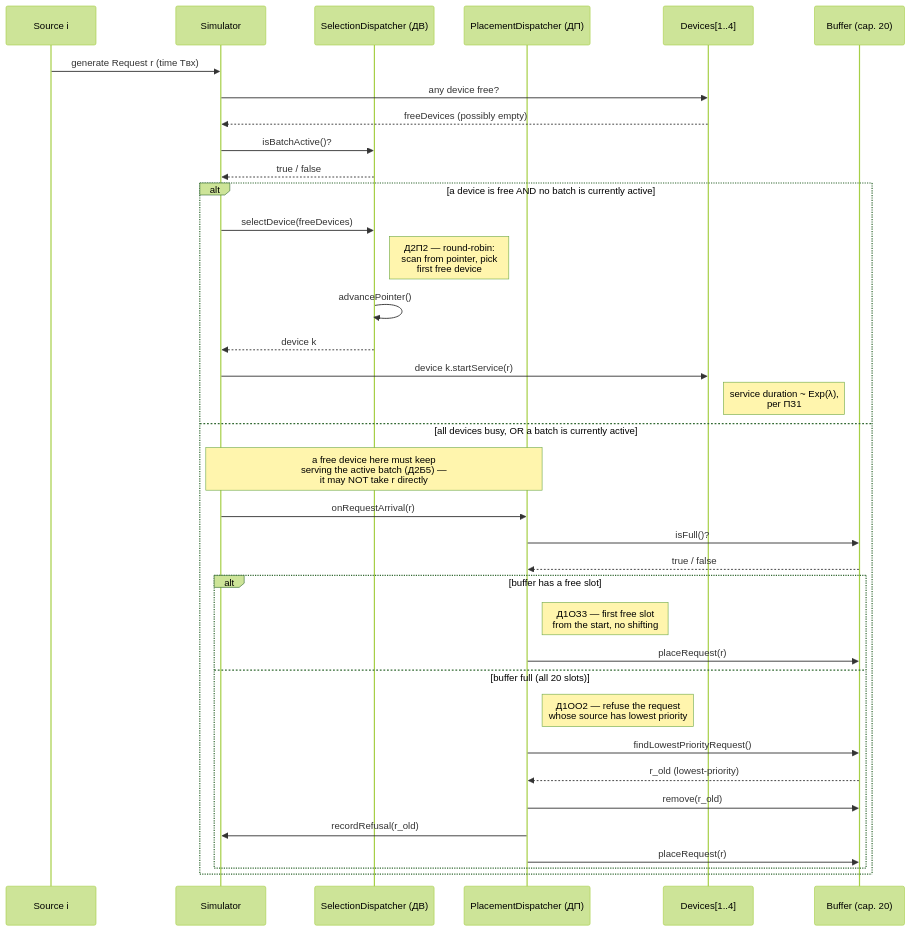
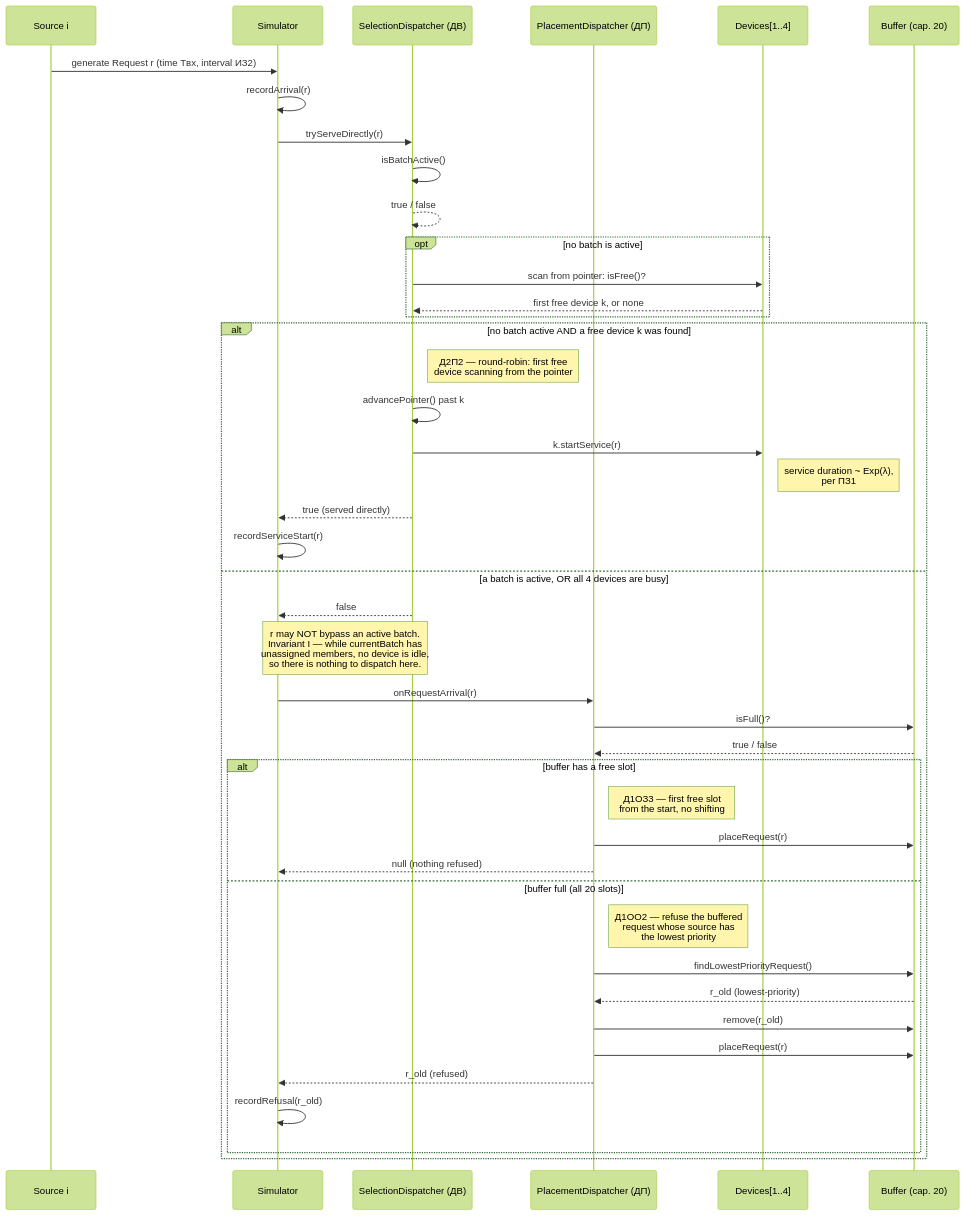
One commit to abdelrhmanbaha/smo-v24-commodity-trading changed the diagram in sequence-arrival.mmd. Above: the diagram before and after it, drawn with Mermaid (forest theme). The commit also changed 11 other files, not shown here.

```diff
--- a/sequence-arrival.mmd
+++ b/sequence-arrival.mmd
@@ -1,38 +1,45 @@
 sequenceDiagram
     participant S as Source i
     participant Sim as Simulator
     participant ДВ as SelectionDispatcher (ДВ)
     participant ДП as PlacementDispatcher (ДП)
     participant D as Devices[1..4]
     participant B as Buffer (cap. 20)
 
-    S->>Sim: generate Request r (time Tвх)
-    Sim->>D: any device free?
-    D-->>Sim: freeDevices (possibly empty)
-    Sim->>ДВ: isBatchActive()?
-    ДВ-->>Sim: true / false
+    S->>Sim: generate Request r (time Tвх, interval ИЗ2)
+    Sim->>Sim: recordArrival(r)
+    Sim->>ДВ: tryServeDirectly(r)
+    ДВ->>ДВ: isBatchActive()
+    ДВ-->>ДВ: true / false
+    opt no batch is active
+        ДВ->>D: scan from pointer: isFree()?
+        D-->>ДВ: first free device k, or none
+    end
 
-    alt a device is free AND no batch is currently active
-        Sim->>ДВ: selectDevice(freeDevices)
-        Note right of ДВ: Д2П2 — round-robin:<br/>scan from pointer, pick<br/>first free device
-        ДВ->>ДВ: advancePointer()
-        ДВ-->>Sim: device k
-        Sim->>D: device k.startService(r)
+    alt no batch active AND a free device k was found
+        Note right of ДВ: Д2П2 — round-robin: first free<br/>device scanning from the pointer
+        ДВ->>ДВ: advancePointer() past k
+        ДВ->>D: k.startService(r)
         Note right of D: service duration ~ Exp(λ),<br/>per ПЗ1
-    else all devices busy, OR a batch is currently active
-        Note over Sim,ДП: a free device here must keep<br/>serving the active batch (Д2Б5) —<br/>it may NOT take r directly
+        ДВ-->>Sim: true (served directly)
+        Sim->>Sim: recordServiceStart(r)
+    else a batch is active, OR all 4 devices are busy
+        ДВ-->>Sim: false
+        Note over Sim,ДВ: r may NOT bypass an active batch.<br/>Invariant I — while currentBatch has<br/>unassigned members, no device is idle,<br/>so there is nothing to dispatch here.
         Sim->>ДП: onRequestArrival(r)
         ДП->>B: isFull()?
         B-->>ДП: true / false
         alt buffer has a free slot
             Note right of ДП: Д1ОЗ3 — first free slot<br/>from the start, no shifting
             ДП->>B: placeRequest(r)
+            ДП-->>Sim: null (nothing refused)
         else buffer full (all 20 slots)
-            Note right of ДП: Д1ОО2 — refuse the request<br/>whose source has lowest priority
+            Note right of ДП: Д1ОО2 — refuse the buffered<br/>request whose source has<br/>the lowest priority
             ДП->>B: findLowestPriorityRequest()
             B-->>ДП: r_old (lowest-priority)
             ДП->>B: remove(r_old)
-            ДП->>Sim: recordRefusal(r_old)
             ДП->>B: placeRequest(r)
+            ДП-->>Sim: r_old (refused)
+            Sim->>Sim: recordRefusal(r_old)
         end
     end
```
